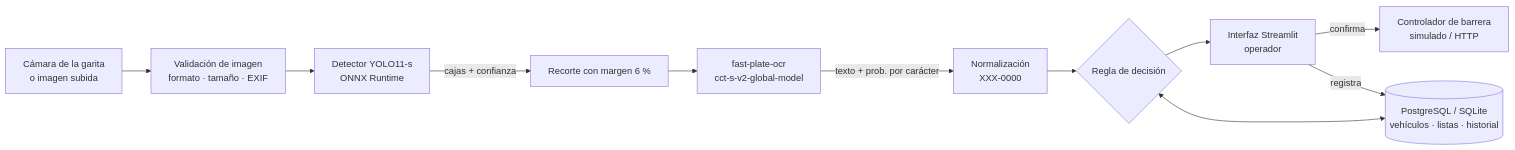
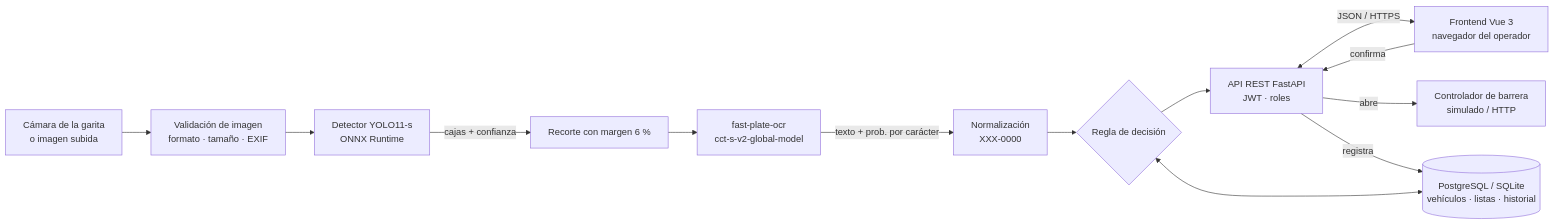
Before and after one commit to eduardoceballos666/SIRAP_2: the first of 4 diagrams in docs/arquitectura.md, drawn with Mermaid. The commit also changed other lines of this file and 40 other files, not shown here.

First line of the commit message:
SIRAP 2 como proyecto independiente: interfaz Vue completa y documentación propia

````diff
--- a/docs/arquitectura.md
+++ b/docs/arquitectura.md
@@ -5,13 +5,15 @@
 ```mermaid
 flowchart LR
     CAM[Cámara de la garita<br/>o imagen subida] --> VAL[Validación de imagen<br/>formato · tamaño · EXIF]
     VAL --> DET[Detector YOLO11-s<br/>ONNX Runtime]
     DET -->|cajas + confianza| CROP[Recorte con margen 6 %]
     CROP --> OCR[fast-plate-ocr<br/>cct-s-v2-global-model]
     OCR -->|texto + prob. por carácter| NORM[Normalización<br/>XXX-0000]
     NORM --> DEC{Regla de decisión}
     DB[(PostgreSQL / SQLite<br/>vehículos · listas · historial)] <--> DEC
-    DEC --> UI[Interfaz Streamlit<br/>operador]
-    UI -->|confirma| BAR[Controlador de barrera<br/>simulado / HTTP]
-    UI -->|registra| DB
+    DEC --> API[API REST FastAPI<br/>JWT · roles]
+    API <-->|JSON / HTTPS| UI[Frontend Vue 3<br/>navegador del operador]
+    UI -->|confirma| API
+    API -->|abre| BAR[Controlador de barrera<br/>simulado / HTTP]
+    API -->|registra| DB
 ```
````
